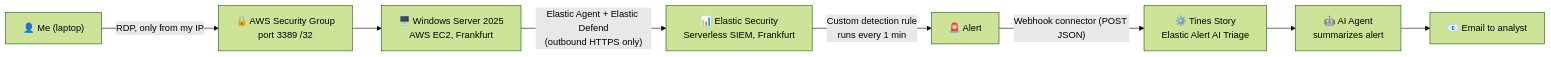
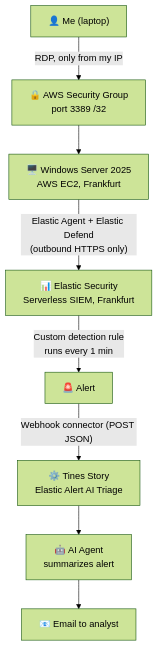
Before and after one commit to feres-salhi/elastic-siem-ai-soc-automation: the diagram in README.md, drawn with Mermaid (forest theme).

Commit message:
Change flow direction in architecture diagram
Updated architecture diagram to use TD flow direction.

````diff
--- a/README.md
+++ b/README.md
@@ -11,10 +11,10 @@
 ```mermaid
-flowchart LR
+flowchart TD
     Me["👤 Me (laptop)"] -->|"RDP, only from my IP"| SG["🔒 AWS Security Group<br/>port 3389 /32"]
     SG --> Srv["🖥️ Windows Server 2025<br/>AWS EC2, Frankfurt"]
     Srv -->|"Elastic Agent + Elastic Defend<br/>(outbound HTTPS only)"| SIEM["📊 Elastic Security<br/>Serverless SIEM, Frankfurt"]
     SIEM -->|"Custom detection rule<br/>runs every 1 min"| Alert["🚨 Alert"]
     Alert -->|"Webhook connector (POST JSON)"| Tines["⚙️ Tines Story<br/>Elastic Alert AI Triage"]
     Tines --> AI["🤖 AI Agent<br/>summarizes alert"]
     AI --> Mail["📧 Email to analyst"]
 ```
````
